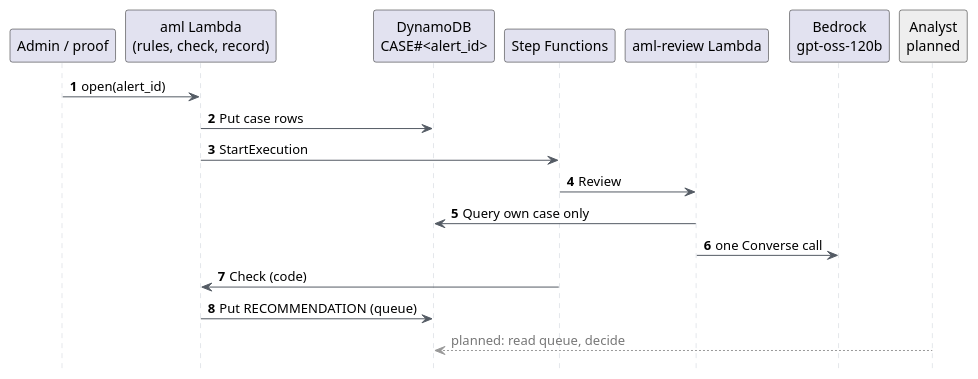
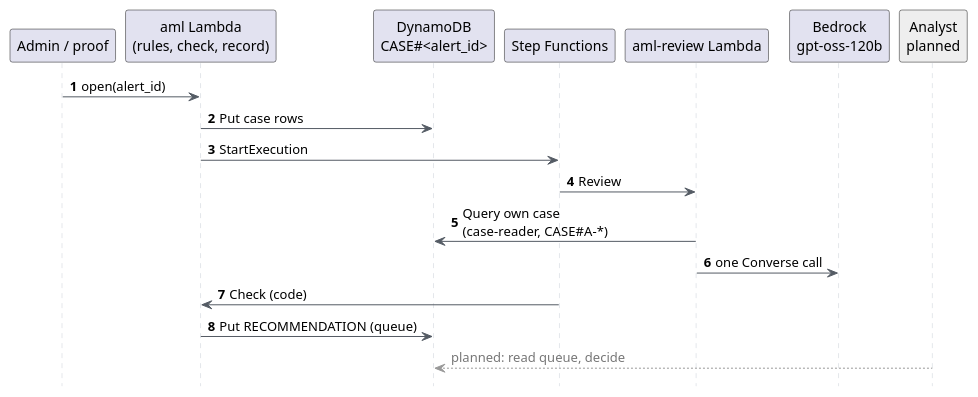
Before and after one commit to eddiefleurent/agentic-bank: the diagram in docs/diagrams/06-aml-triage.puml, drawn with PlantUML. The commit also changed 9 other files, not shown here.

Commit message:
AML: give the reviewer its own case-reader role limited to CASE#A-* keys

```diff
--- a/docs/diagrams/06-aml-triage.puml
+++ b/docs/diagrams/06-aml-triage.puml
@@ -1,39 +1,41 @@
 @startuml
 ' Level 3 - one AML alert on AWS (slice 3, v1 human-only): code alerts, a model recommends, code
 ' checks, a person decides. Render: plantuml-new -tpng 06-aml-triage.puml
 '   1   open (admin or proof; a bank: the rules batch): seeded bank -> rules -> case snapshot.
 '   2   ~300 PutItem rows into partition CASE#<alert_id> of the data table. The aml role may write
 '       only CASE#A-* partitions and only the listed attributes (LeadingKeys + Attributes conditions).
 '   3   StartExecution with {alert_id} only: no case data in the workflow input.
-'   4-5 Review: the aml-review role has no table rights. It assumes the data-reader role with a
-'       session policy pinning LeadingKeys to CASE#<alert_id>: another case, a Scan or a write is
-'       AccessDenied from AWS. Memos arrive renamed memo_untrusted.
+'   4-5 Review: the aml-review role has no table rights. It assumes the case-reader role. That role's
+'       own policy allows GetItem and Query only when LeadingKeys matches CASE#A-* (no Scan, no writes).
+'       The session policy still pins LeadingKeys to CASE#<alert_id>. Another case, a customer
+'       partition, a Scan or a write is AccessDenied. Dropping the session policy still cannot read
+'       a customer row. Memos arrive renamed memo_untrusted.
 '   6   One gpt-oss Converse call over the whole bounded snapshot (the eval winner).
 '   7   Check (plain code): reads the case again itself; cited ids must be in the case, cited KYC
 '       fields non-empty, a flagged instruction memo blocks close. Any failure -> escalate.
 '   8   Record: RECOMMENDATION row, analyst_queue = "aml", status awaiting_analyst. The end.
 '   Planned (dashed gray): an analyst screen for the AML queue. Nothing closes an alert today.
 hide footbox
 skinparam ArrowColor #545B64
 skinparam SequenceLifeLineBorderColor #C9CED6
 autonumber
 
 participant "Admin / proof" as P
 participant "aml Lambda\n(rules, check, record)" as W
 participant "DynamoDB\nCASE#<alert_id>" as D
 participant "Step Functions" as S
 participant "aml-review Lambda" as R
 participant "Bedrock\ngpt-oss-120b" as M
 participant "Analyst\nplanned" as A #EEEEEE
 
 P -> W : open(alert_id)
 W -> D : Put case rows
 W -> S : StartExecution
 S -> R : Review
-R -> D : Query own case only
+R -> D : Query own case\n(case-reader, CASE#A-*)
 R -> M : one Converse call
 S -> W : Check (code)
 W -> D : Put RECOMMENDATION (queue)
 autonumber stop
 A -[#999999]-> D : <color:#777777>planned: read queue, decide</color>
 @enduml
```
